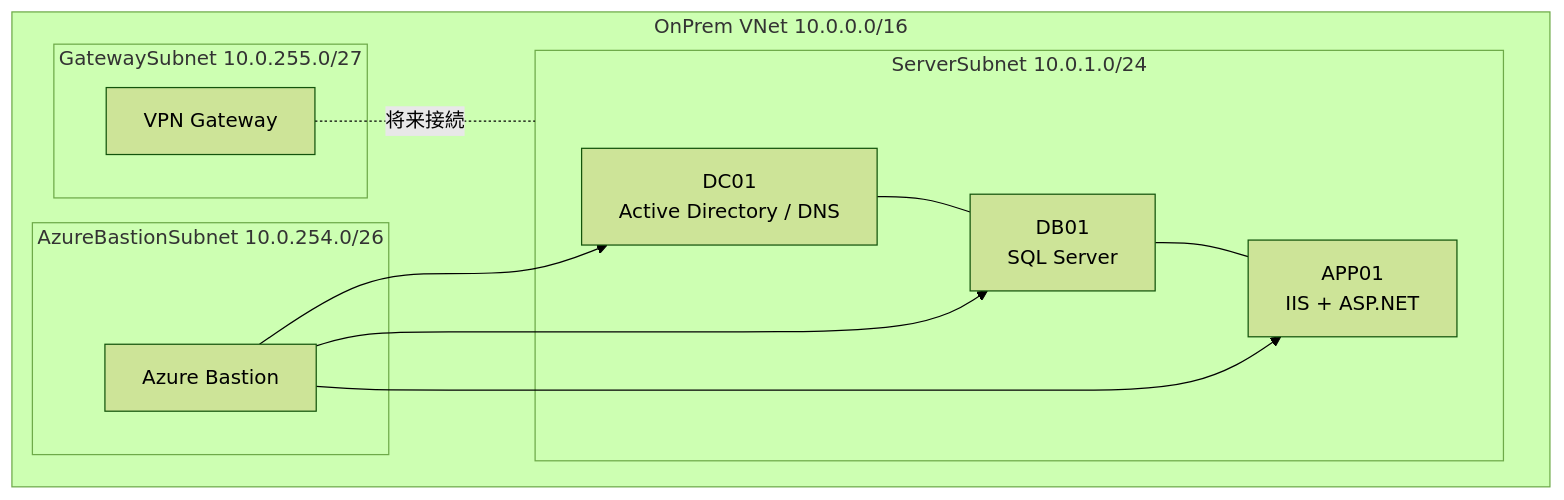
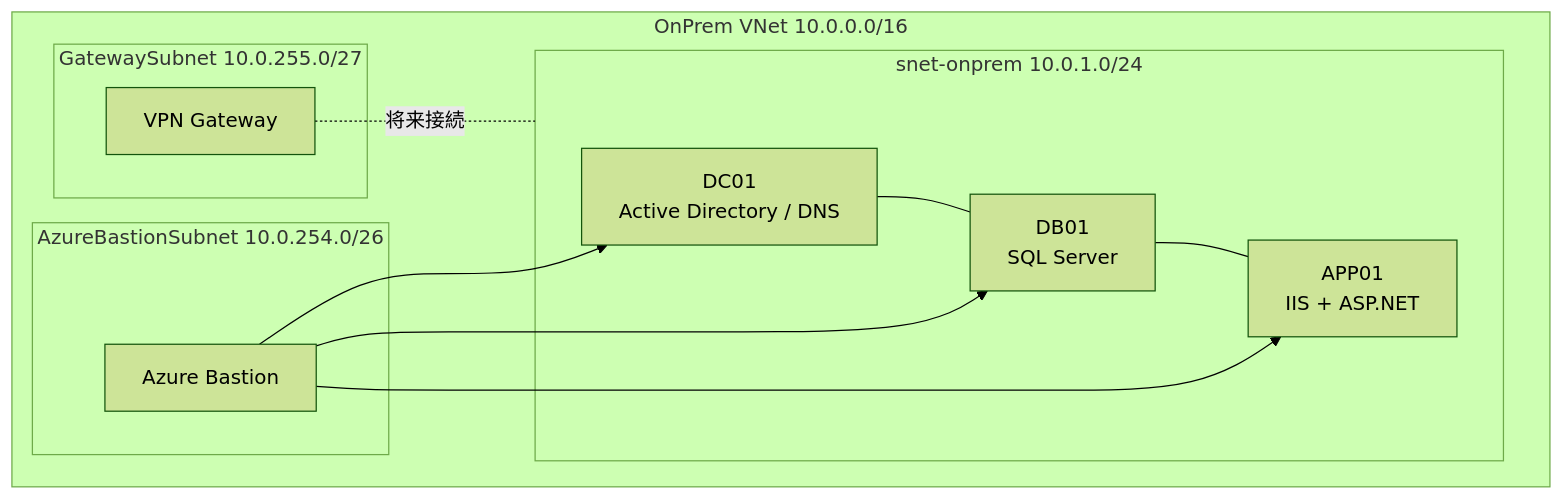
The first of 3 diagrams in docs/architecture-onprem-diagrams.md (nksato/Azure-Migration-Modernization-PoC-HOL), drawn with Mermaid (forest theme) before and after one commit. The commit also changed 15 other files, not shown here.

````diff
--- a/docs/architecture-onprem-diagrams.md
+++ b/docs/architecture-onprem-diagrams.md
@@ -5,25 +5,25 @@
 ```mermaid
 flowchart TB
     subgraph OnPremVNet[OnPrem VNet 10.0.0.0/16]
-        subgraph ServerSubnet[ServerSubnet 10.0.1.0/24]
+        subgraph SnetOnprem[snet-onprem 10.0.1.0/24]
             DC[DC01<br/>Active Directory / DNS]
             DB[DB01<br/>SQL Server]
             APP[APP01<br/>IIS + ASP.NET]
         end
 
         subgraph BastionSubnet[AzureBastionSubnet 10.0.254.0/26]
             Bastion[Azure Bastion]
         end
 
         subgraph GatewaySubnet[GatewaySubnet 10.0.255.0/27]
             VPNGW[VPN Gateway]
         end
     end
 
     DC --- DB
     DB --- APP
     Bastion --> DC
     Bastion --> DB
     Bastion --> APP
-    VPNGW -. 将来接続 .- ServerSubnet
+    VPNGW -. 将来接続 .- SnetOnprem
 ```
````
